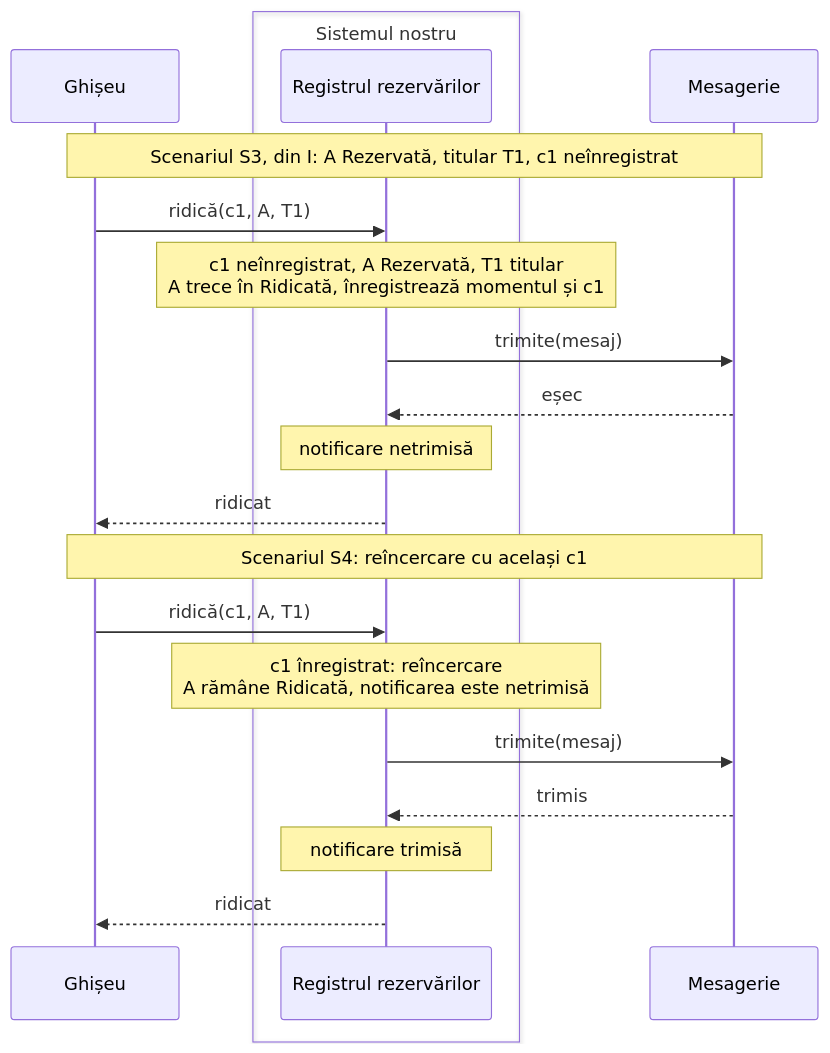
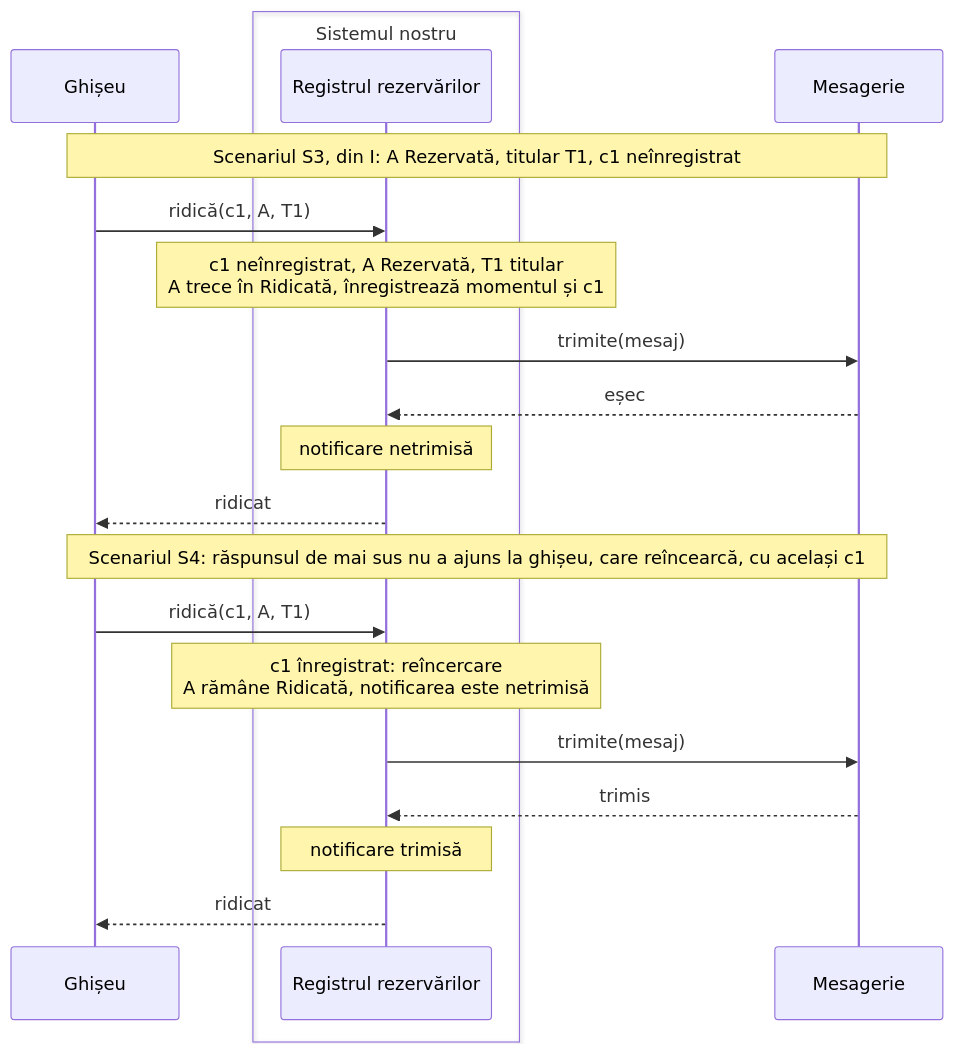
The second of 2 diagrams in class/amss-2026/lab/scenarios/04-comportament/reference.md (traiansf/traiansf.github.io), drawn with Mermaid before and after one commit. The commit also changed other lines of this file and 25 other files, not shown here.

````diff
--- a/class/amss-2026/lab/scenarios/04-comportament/reference.md
+++ b/class/amss-2026/lab/scenarios/04-comportament/reference.md
@@ -61,22 +63,22 @@
 ```mermaid
 sequenceDiagram
     participant G as Ghișeu
     box Sistemul nostru
     participant R as Registrul rezervărilor
     end
     participant E as Mesagerie
     Note over G,E: Scenariul S3, din I: A Rezervată, titular T1, c1 neînregistrat
     G->>R: ridică(c1, A, T1)
     Note over R: c1 neînregistrat, A Rezervată, T1 titular<br/>A trece în Ridicată, înregistrează momentul și c1
     R->>E: trimite(mesaj)
     E-->>R: eșec
     Note over R: notificare netrimisă
     R-->>G: ridicat
-    Note over G,E: Scenariul S4: reîncercare cu același c1
+    Note over G,E: Scenariul S4: răspunsul de mai sus nu a ajuns la ghișeu, care reîncearcă, cu același c1
     G->>R: ridică(c1, A, T1)
     Note over R: c1 înregistrat: reîncercare<br/>A rămâne Ridicată, notificarea este netrimisă
     R->>E: trimite(mesaj)
     E-->>R: trimis
     Note over R: notificare trimisă
     R-->>G: ridicat
 ```
````
